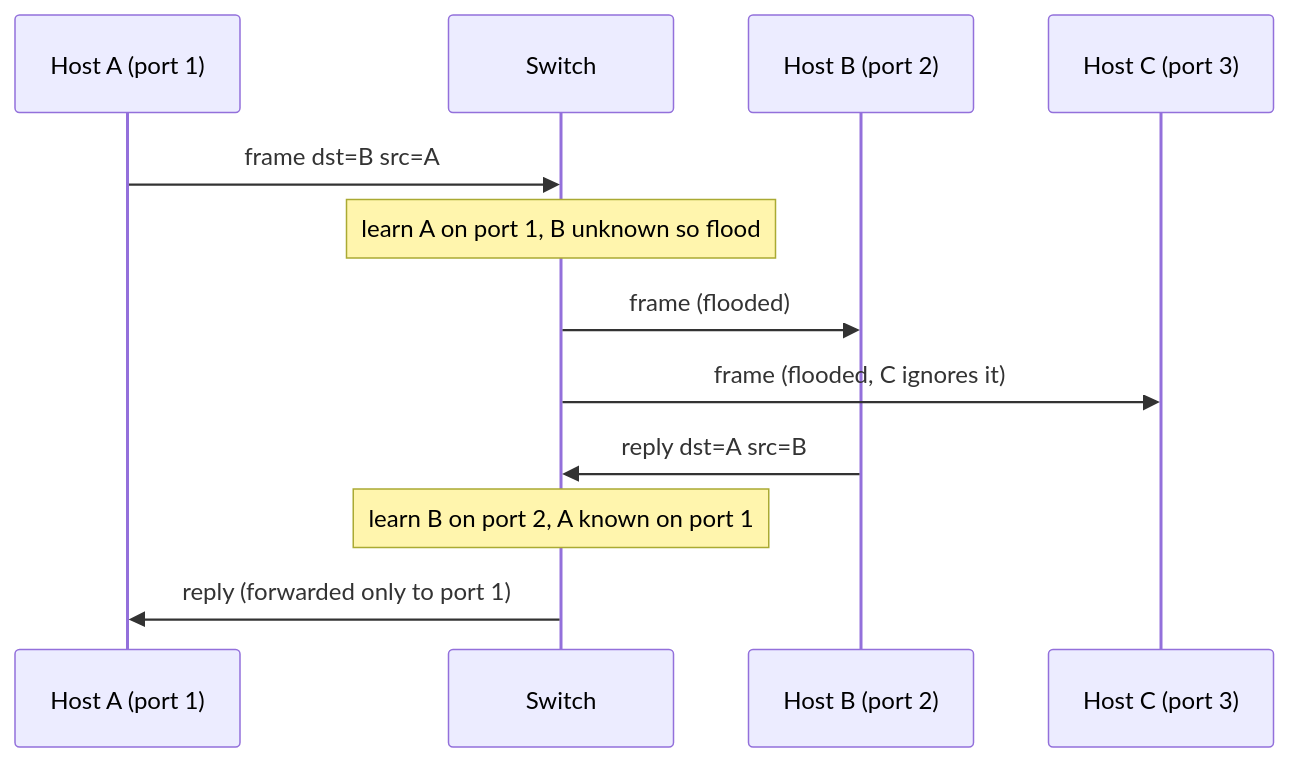
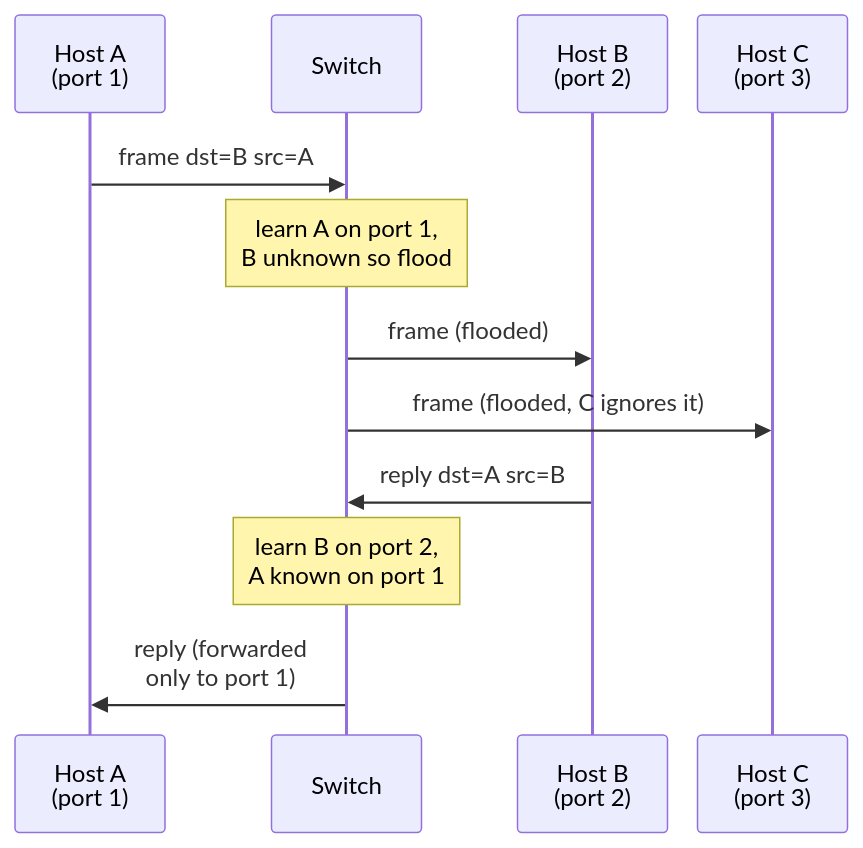
Before and after one commit to Siva010/CoreCS: the diagram in content/lessons/cn/cn-ethernet-switching.md, drawn with Mermaid. The commit also changed 19 other files, not shown here.

First line of the commit message:
Merge the OS and Networks diagram readability fixes

````diff
--- a/content/lessons/cn/cn-ethernet-switching.md
+++ b/content/lessons/cn/cn-ethernet-switching.md
@@ -65,14 +65,15 @@
 ```mermaid
+%%{init: {"sequence": {"width": 100, "actorMargin": 20}}}%%
 sequenceDiagram
-    participant A as Host A (port 1)
+    participant A as Host A<br/>(port 1)
     participant S as Switch
-    participant B as Host B (port 2)
-    participant C as Host C (port 3)
+    participant B as Host B<br/>(port 2)
+    participant C as Host C<br/>(port 3)
     A->>S: frame dst=B src=A
-    Note over S: learn A on port 1, B unknown so flood
+    Note over S: learn A on port 1,<br/>B unknown so flood
     S->>B: frame (flooded)
     S->>C: frame (flooded, C ignores it)
     B->>S: reply dst=A src=B
-    Note over S: learn B on port 2, A known on port 1
-    S->>A: reply (forwarded only to port 1)
+    Note over S: learn B on port 2,<br/>A known on port 1
+    S->>A: reply (forwarded<br/>only to port 1)
 ```
````
